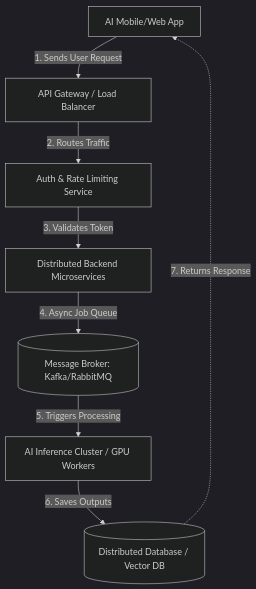
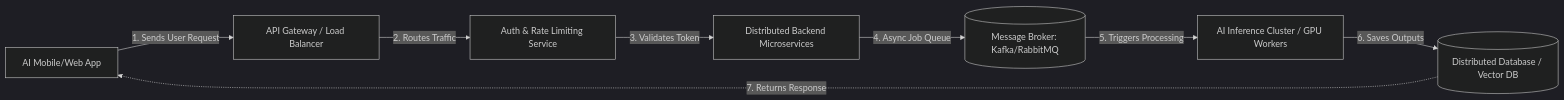
The diagram in README.md (shubhrachat/AMIA), drawn with Mermaid (dark theme) before and after one commit.

````diff
--- a/README.md
+++ b/README.md
@@ -3,10 +3,10 @@
 ```mermaid
-graph TD
+graph LR
     A[AI Mobile/Web App] -->|1. Sends User Request| B[API Gateway / Load Balancer]
     B -->|2. Routes Traffic| C[Auth & Rate Limiting Service]
     C -->|3. Validates Token| D[Distributed Backend Microservices]
     D -->|4. Async Job Queue| E[(Message Broker: Kafka/RabbitMQ)]
     E -->|5. Triggers Processing| F[AI Inference Cluster / GPU Workers]
     F -->|6. Saves Outputs| G[(Distributed Database / Vector DB)]
     G -.->|7. Returns Response| A
 ```
````
